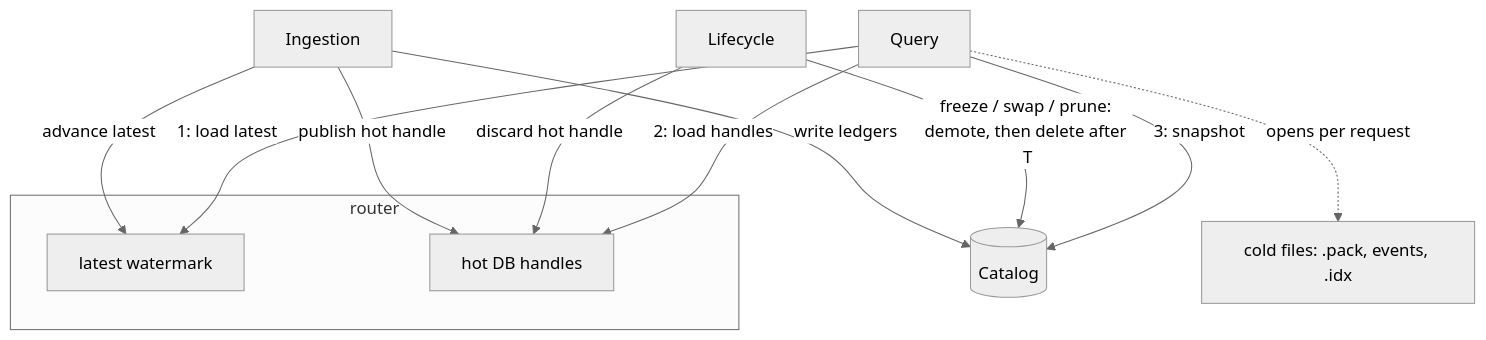
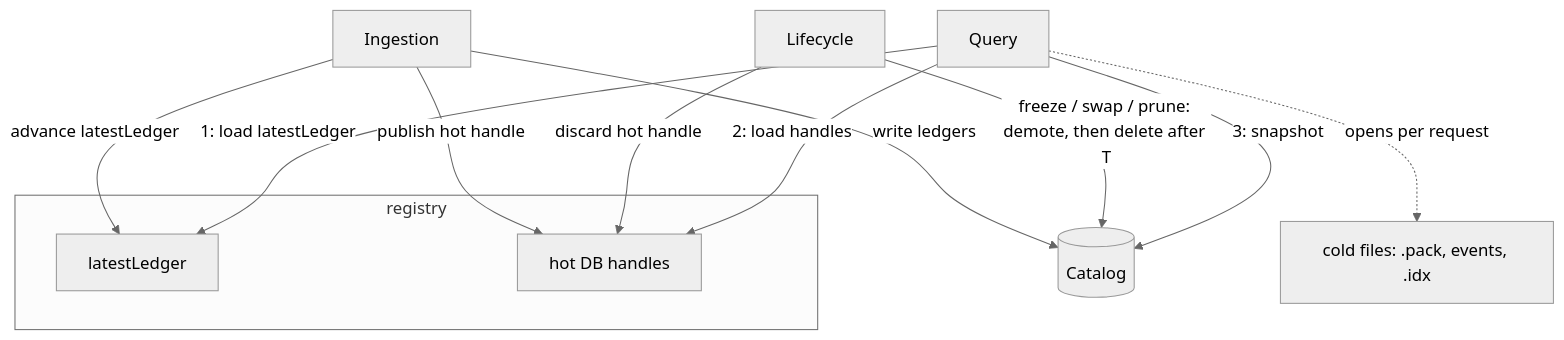
One commit to stellar/stellar-rpc changed the first of 2 diagrams in design-docs/query-routing-design.md. Above: the diagram before and after it, drawn with Mermaid (neutral theme). The commit also changed other lines of this file and 1 other file, not shown here.

````diff
--- a/design-docs/query-routing-design.md
+++ b/design-docs/query-routing-design.md
@@ -64,20 +64,20 @@
 ```mermaid
 flowchart TB
     I["Ingestion"] -->|"write ledgers"| CAT
     L["Lifecycle"] -->|"freeze / swap / prune: demote, then delete after T"| CAT
-    I -->|"advance latest"| W
+    I -->|"advance latestLedger"| W
     I -->|"publish hot handle"| H
     L -->|"discard hot handle"| H
 
-    subgraph REG["router"]
-        W["latest watermark"]
+    subgraph REG["registry"]
+        W["latestLedger"]
         H["hot DB handles"]
     end
 
     CAT[("Catalog")]
 
-    Q["Query"] -->|"1: load latest"| W
+    Q["Query"] -->|"1: load latestLedger"| W
     Q -->|"2: load handles"| H
     Q -->|"3: snapshot"| CAT
     Q -.->|"opens per request"| FILES["cold files: .pack, events, .idx"]
 ```
````
